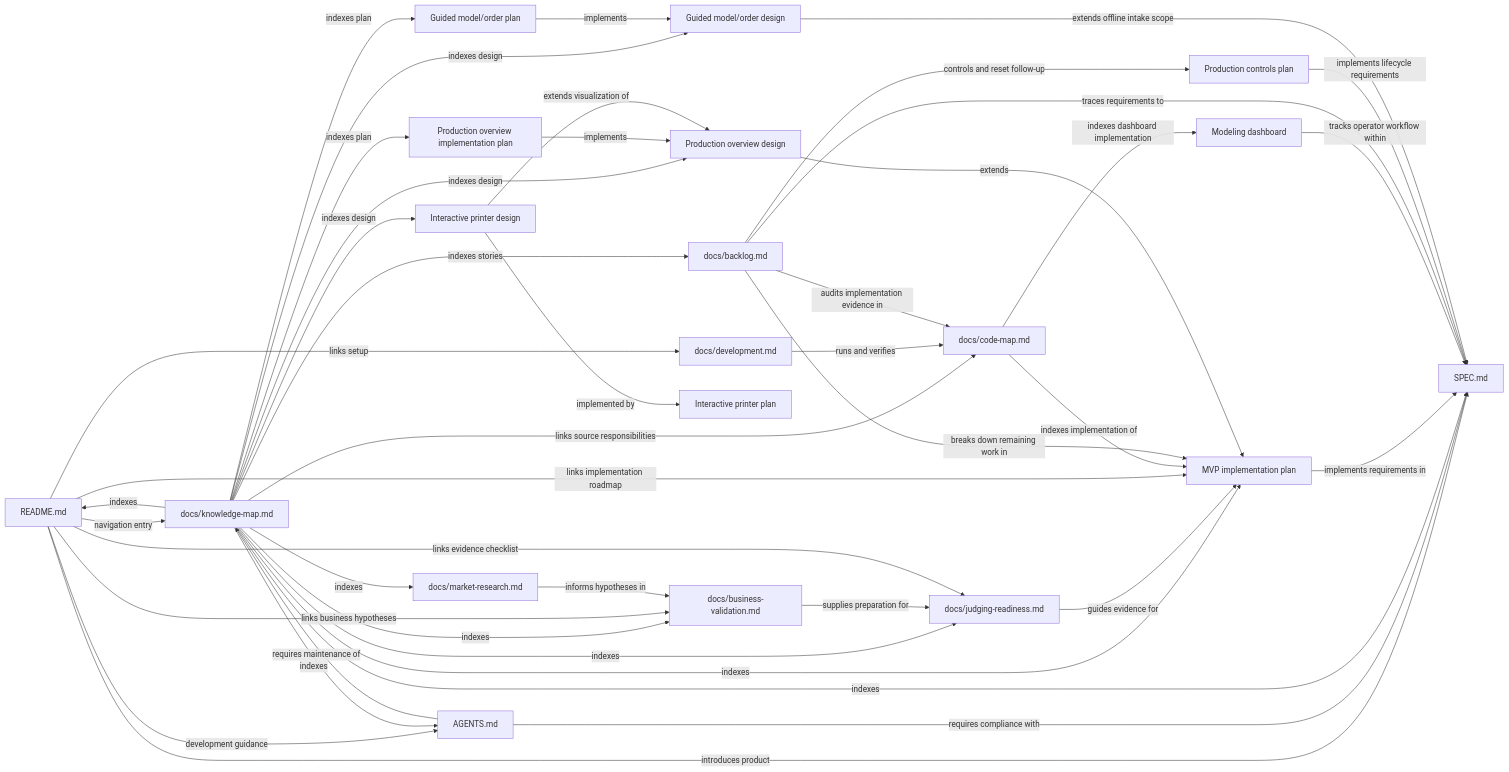
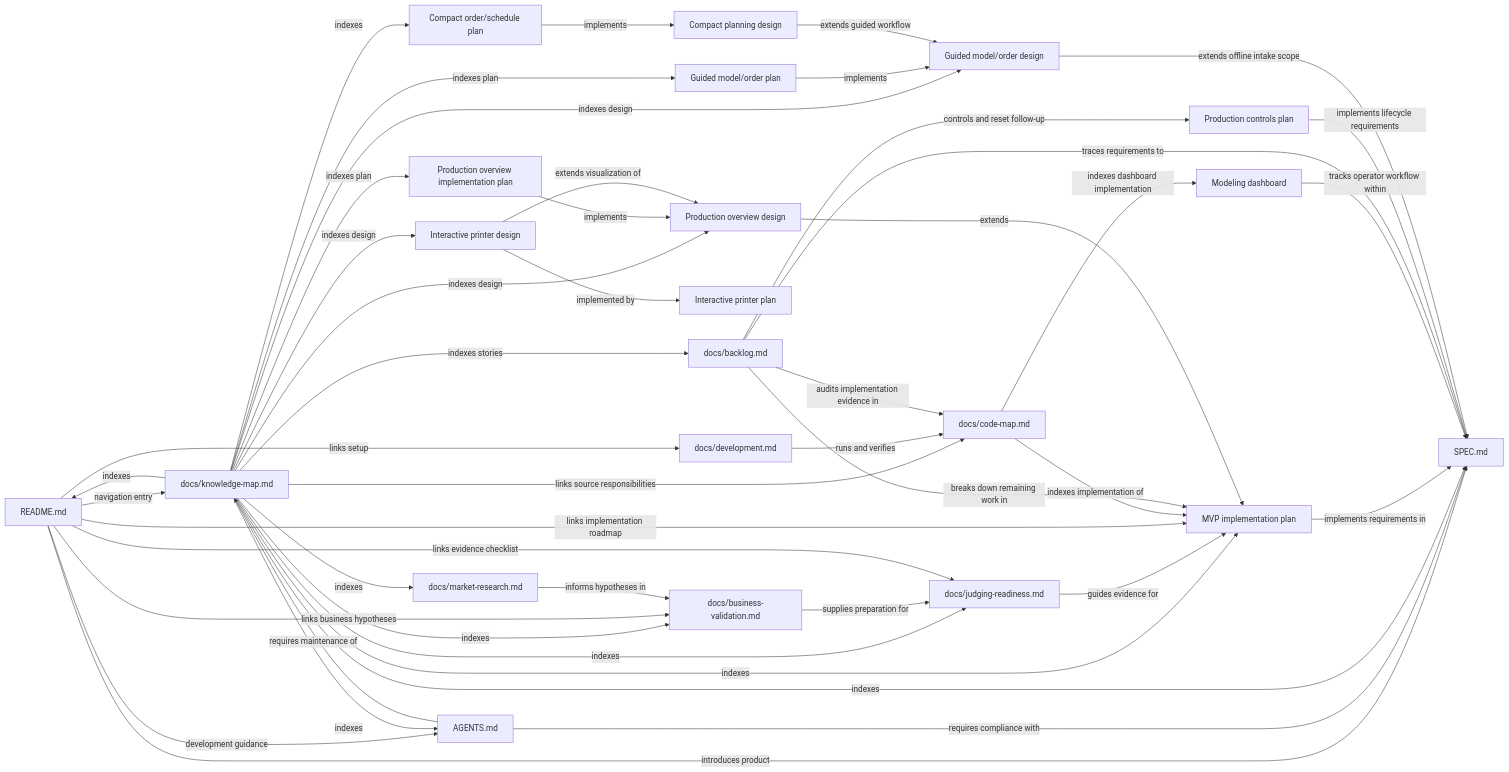
One commit to DuztyMusketear/Print_Assist changed the diagram in docs/knowledge-map.md. Above: the diagram before and after it, drawn with Mermaid. The commit also changed other lines of this file and 48 other files, not shown here.

Commit message:
feat: streamline order planning and visualize order schedules

````diff
--- a/docs/knowledge-map.md
+++ b/docs/knowledge-map.md
@@ -11,45 +11,48 @@
 ```mermaid
 graph LR
     README["README.md"] -->|introduces product| SPEC["SPEC.md"]
     README -->|navigation entry| MAP["docs/knowledge-map.md"]
     README -->|development guidance| RULES["AGENTS.md"]
     RULES -->|requires compliance with| SPEC
     RULES -->|requires maintenance of| MAP
     MAP -->|indexes| README
     MAP -->|indexes| SPEC
     MAP -->|indexes| RULES
     PLAN["MVP implementation plan"] -->|implements requirements in| SPEC
     MAP -->|indexes| PLAN
     JUDGING["docs/judging-readiness.md"] -->|guides evidence for| PLAN
     MAP -->|indexes| JUDGING
     BUSINESS["docs/business-validation.md"] -->|supplies preparation for| JUDGING
     MAP -->|indexes| BUSINESS
     README -->|links implementation roadmap| PLAN
     README -->|links evidence checklist| JUDGING
     README -->|links business hypotheses| BUSINESS
     RESEARCH["docs/market-research.md"] -->|informs hypotheses in| BUSINESS
     MAP -->|indexes| RESEARCH
     CODE["docs/code-map.md"] -->|indexes implementation of| PLAN
     DASH["Modeling dashboard"] -->|tracks operator workflow within| SPEC
     CODE -->|indexes dashboard implementation| DASH
     MAP -->|links source responsibilities| CODE
     DEV["docs/development.md"] -->|runs and verifies| CODE
     README -->|links setup| DEV
     BACKLOG["docs/backlog.md"] -->|breaks down remaining work in| PLAN
     MAP -->|indexes stories| BACKLOG
     BACKLOG -->|traces requirements to| SPEC
     BACKLOG -->|audits implementation evidence in| CODE
     DESIGN["Production overview design"] -->|extends| PLAN
     MAP -->|indexes design| DESIGN
     OVERVIEWPLAN["Production overview implementation plan"] -->|implements| DESIGN
     MAP -->|indexes plan| OVERVIEWPLAN
     PRINTER3D["Interactive printer design"] -->|extends visualization of| DESIGN
     MAP -->|indexes design| PRINTER3D
     PRINTER3D -->|implemented by| VIEW3D["Interactive printer plan"]
     BACKLOG -->|controls and reset follow-up| CONTROLS["Production controls plan"]
     CONTROLS -->|implements lifecycle requirements| SPEC
     WORKFLOW["Guided model/order design"] -->|extends offline intake scope| SPEC
     MAP -->|indexes design| WORKFLOW
     GUIDEDPLAN["Guided model/order plan"] -->|implements| WORKFLOW
     MAP -->|indexes plan| GUIDEDPLAN
+    COMPACTPLAN["Compact order/schedule plan"] -->|implements| COMPACTDESIGN["Compact planning design"]
+    MAP -->|indexes| COMPACTPLAN
+    COMPACTDESIGN -->|extends guided workflow| WORKFLOW
 ```
````
